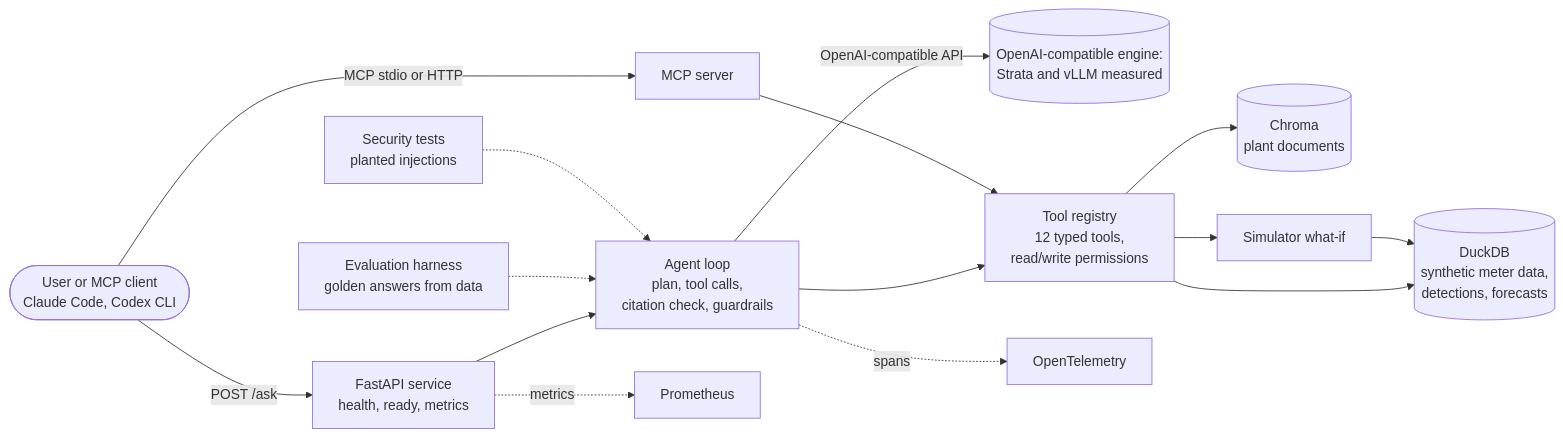
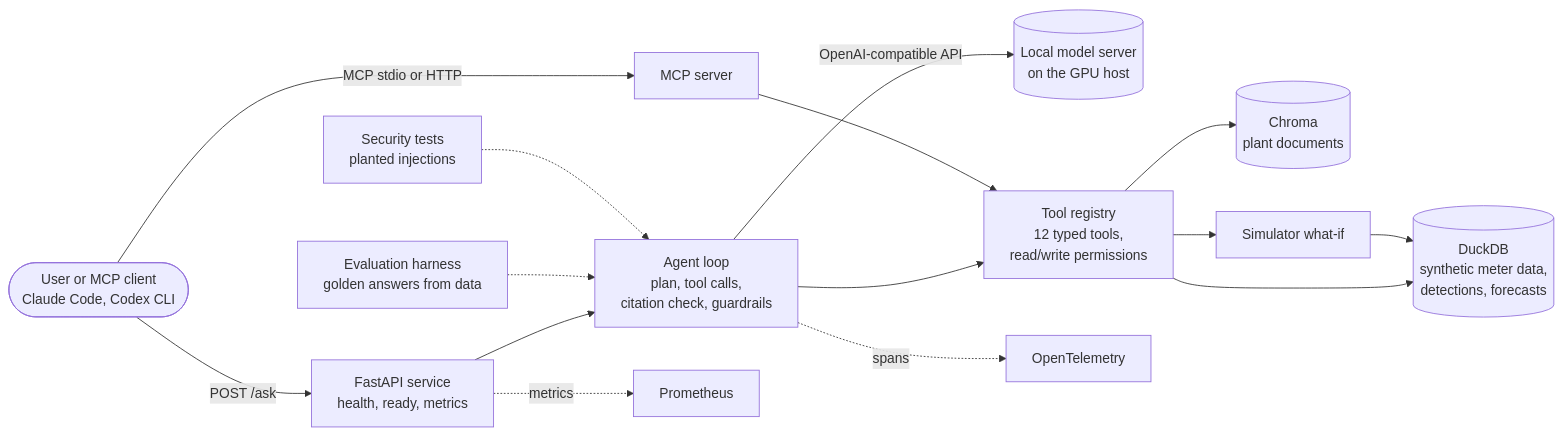
One commit to Howard159357/factory-energy-ai-demo changed the first of 4 diagrams in README.md. Above: the diagram before and after it, drawn with Mermaid. The commit also changed other lines of this file and 9 other files, not shown here.

````diff
--- a/README.md
+++ b/README.md
@@ -56,17 +56,17 @@
 ```mermaid
 flowchart LR
   client([User or MCP client<br/>Claude Code, Codex CLI]) -->|POST /ask| api[FastAPI service<br/>health, ready, metrics]
   client -->|MCP stdio or HTTP| mcp[MCP server]
   api --> agent[Agent loop<br/>plan, tool calls,<br/>citation check, guardrails]
-  agent -->|OpenAI-compatible API| llm[(OpenAI-compatible engine:<br/>Strata and vLLM measured)]
+  agent -->|OpenAI-compatible API| llm[(Local model server<br/>on the GPU host)]
   agent --> tools[Tool registry<br/>12 typed tools,<br/>read/write permissions]
   mcp --> tools
   tools --> rag[(Chroma<br/>plant documents)]
   tools --> db[(DuckDB<br/>synthetic meter data,<br/>detections, forecasts)]
   tools --> sim[Simulator what-if]
   sim --> db
   agent -. spans .-> otel[OpenTelemetry]
   api -. metrics .-> prom[Prometheus]
   evals[Evaluation harness<br/>golden answers from data] -.-> agent
   sec[Security tests<br/>planted injections] -.-> agent
 ```
````
